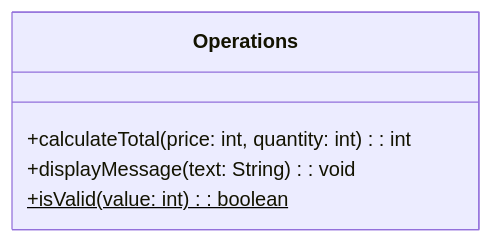
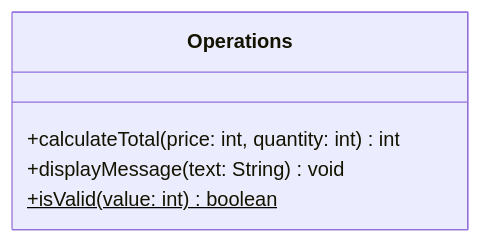
One commit to kanjiz/java-training-design-docs changed the fifth of 6 diagrams in docs/guidelines/implementation/common/diagrams/reading-class-diagram.md. Above: the diagram before and after it, drawn with Mermaid. The commit also changed other lines of this file and 1 other file, not shown here.

First line of the commit message:
Fix method return type notation in class diagram docs

````diff
--- a/docs/guidelines/implementation/common/diagrams/reading-class-diagram.md
+++ b/docs/guidelines/implementation/common/diagrams/reading-class-diagram.md
@@ -120,8 +120,8 @@
 ```mermaid
 classDiagram
     class Operations {
-        +calculateTotal(price: int, quantity: int): int
-        +displayMessage(text: String): void
-        +isValid(value: int): boolean$
+        +calculateTotal(price: int, quantity: int) int
+        +displayMessage(text: String) void
+        +isValid(value: int) boolean$
     }
 ```
````
